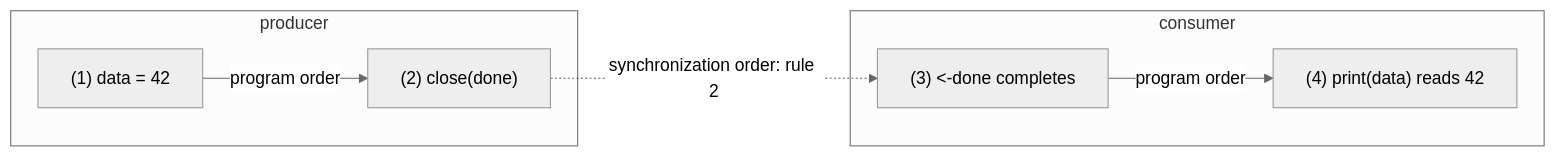
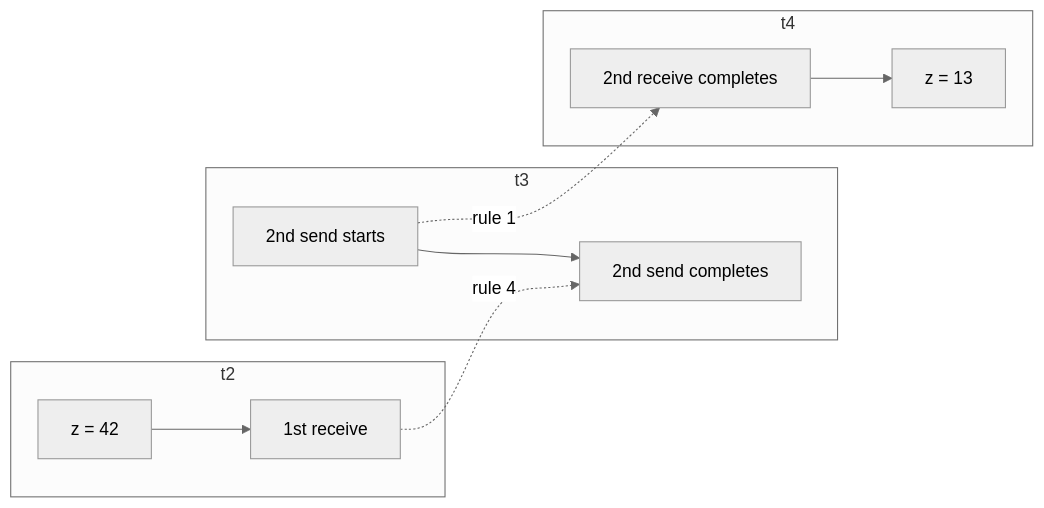
One commit to golang-design/under-the-hood changed the diagram in book/en-us/part3concurrency/ch10chan/lockfree.md. Above: the diagram before and after it, drawn with Mermaid (neutral theme). The commit also changed other lines of this file and 30 other files, not shown here.

````diff
--- a/book/en-us/part3concurrency/ch10chan/lockfree.md
+++ b/book/en-us/part3concurrency/ch10chan/lockfree.md
@@ -55,10 +249,14 @@
 ```mermaid
 flowchart LR
-    subgraph P["producer"]
-        A["(1) data = 42"] -->|program order| B["(2) close(done)"]
+    subgraph T2["t2"]
+        A["z = 42"] --> B["1st receive"]
     end
-    subgraph C["consumer"]
-        D["(3) &lt;-done completes"] -->|program order| E["(4) print(data) reads 42"]
+    subgraph T3["t3"]
+        C["2nd send starts"] --> D["2nd send completes"]
     end
-    B -.->|"synchronization order: rule 2"| D
+    subgraph T4["t4"]
+        E["2nd receive completes"] --> F["z = 13"]
+    end
+    B -.->|"rule 4"| D
+    C -.->|"rule 1"| E
 ```
````
